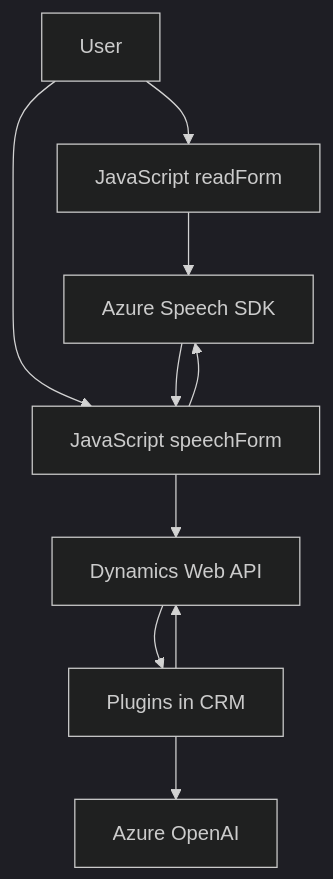
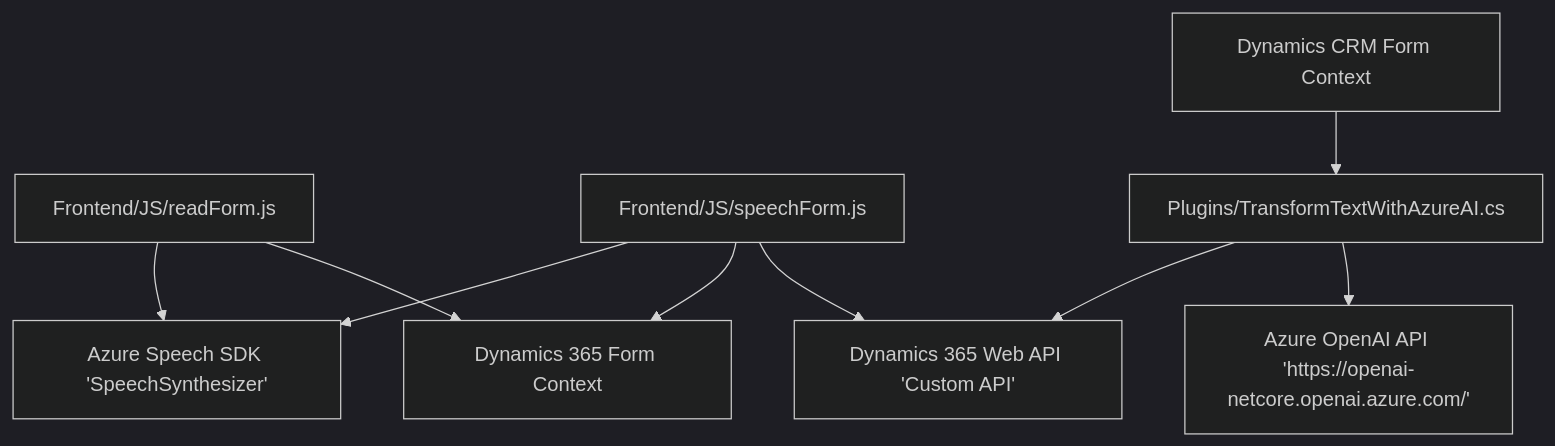
Before and after one commit to blopezdm/NETCORE_BILBAO2025: the diagram in README.md, drawn with Mermaid (dark theme). The commit also changed other lines of this file, not shown here.

````diff
--- a/README.md
+++ b/README.md
@@ -47,20 +35,11 @@
 ```mermaid
 graph TD
-    A["User"]
-    B["JavaScript readForm"]
-    C["JavaScript speechForm"]
-    D["Plugins in CRM"]
-    E["Azure OpenAI"]
-    F["Azure Speech SDK"]
-    G["Dynamics Web API"]
-
-    A --> B
-    A --> C
-    B --> F
-    C --> F
-    C --> G
-    D --> E
-    D --> G
-    G --> D
-    F --> C
+A["Frontend/JS/readForm.js"] --> B["Azure Speech SDK 'SpeechSynthesizer'"]
+A --> C["Dynamics 365 Form Context"]
+D["Frontend/JS/speechForm.js"] --> B
+D --> C
+D --> E["Dynamics 365 Web API 'Custom API'"]
+F["Plugins/TransformTextWithAzureAI.cs"] --> E
+F --> G["Azure OpenAI API 'https://openai-netcore.openai.azure.com/'"]
+H["Dynamics CRM Form Context"] --> F
 ```
````
